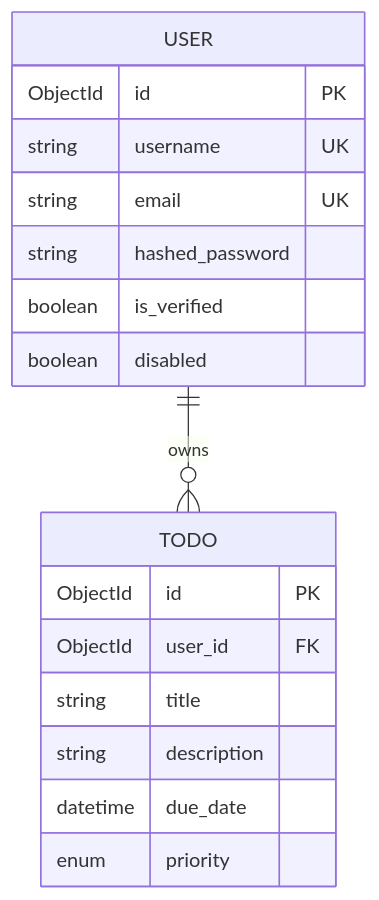
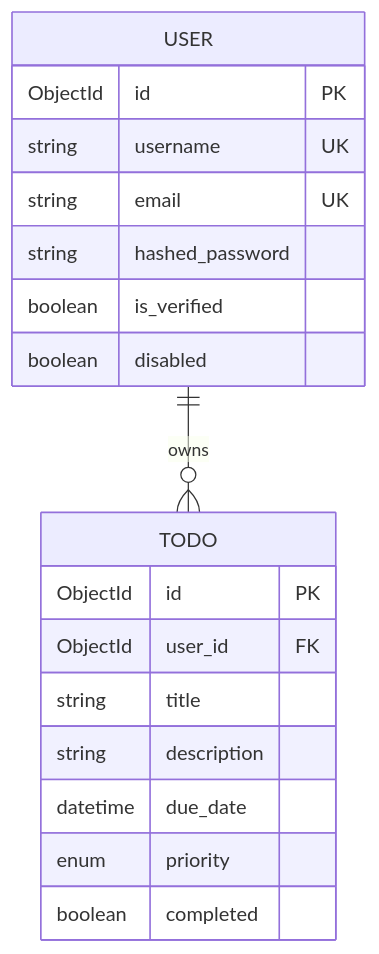
One commit to sajankp/to-do changed the third of 3 diagrams in docs/spec.md. Above: the diagram before and after it, drawn with Mermaid. The commit also changed other lines of this file and 1 other file, not shown here.

````diff
--- a/docs/spec.md
+++ b/docs/spec.md
@@ -245,20 +246,21 @@
 ```mermaid
 erDiagram
     USER ||--o{ TODO : "owns"
     USER {
         ObjectId id PK
         string username UK
         string email UK
         string hashed_password
         boolean is_verified
         boolean disabled
     }
     TODO {
         ObjectId id PK
         ObjectId user_id FK
         string title
         string description
         datetime due_date
         enum priority
+        boolean completed
     }
 ```
````
